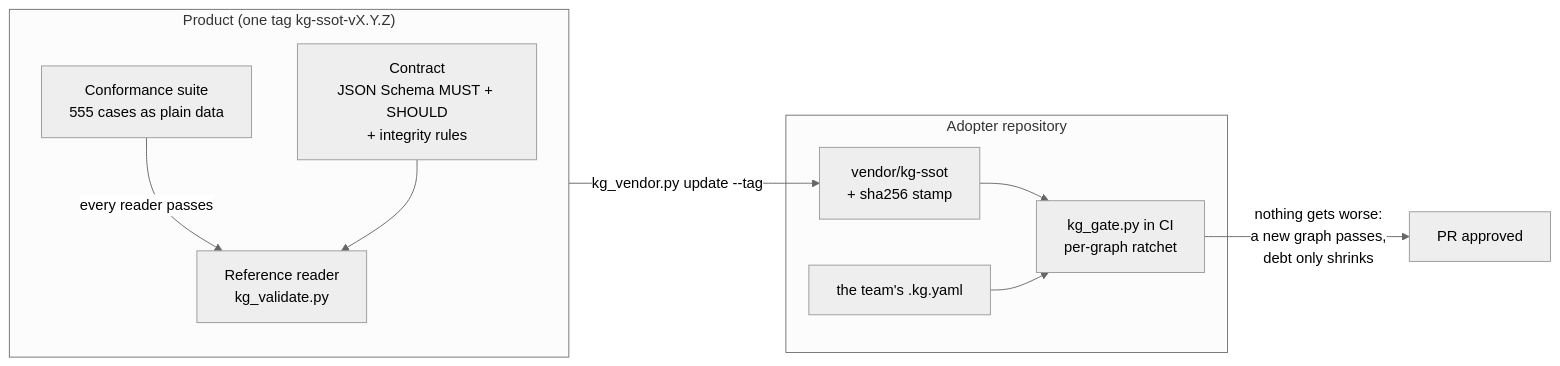
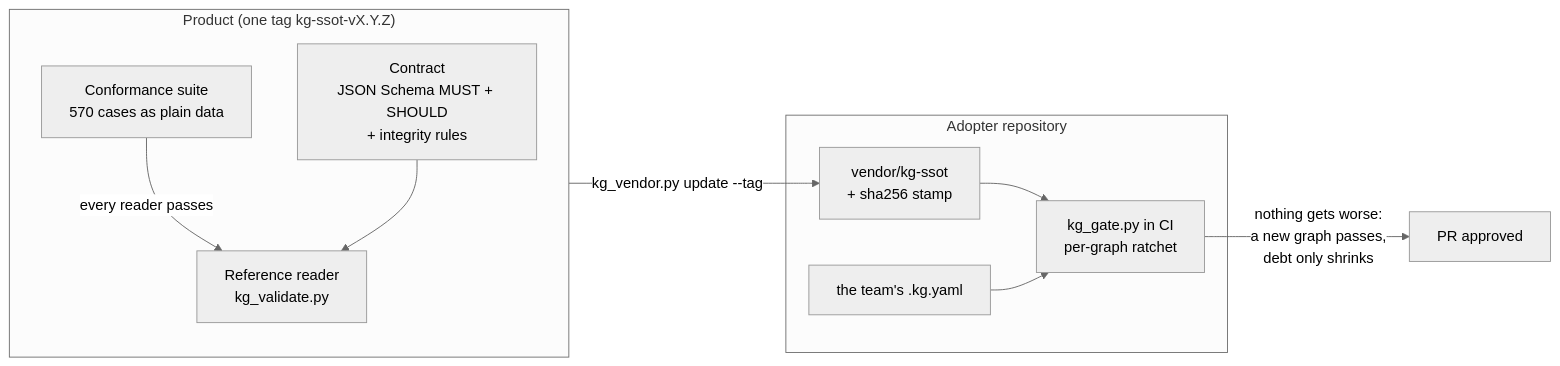
One commit to marciocar/kg-ssot changed the diagram in README.md. Above: the diagram before and after it, drawn with Mermaid (neutral theme). The commit also changed other lines of this file and 46 other files, not shown here.

````diff
--- a/README.md
+++ b/README.md
@@ -159,19 +159,19 @@
 ```mermaid
 flowchart LR
   subgraph product["Product (one tag kg-ssot-vX.Y.Z)"]
     C["Contract<br/>JSON Schema MUST + SHOULD<br/>+ integrity rules"]
-    S["Conformance suite<br/>555 cases as plain data"]
+    S["Conformance suite<br/>570 cases as plain data"]
     R["Reference reader<br/>kg_validate.py"]
     S -- "every reader passes" --> R
     C --> R
   end
   subgraph adopter["Adopter repository"]
     V["vendor/kg-ssot<br/>+ sha256 stamp"]
     G["kg_gate.py in CI<br/>per-graph ratchet"]
     K["the team's .kg.yaml"]
     V --> G
     K --> G
   end
   product -- "kg_vendor.py update --tag" --> V
   G -- "nothing gets worse:<br/>a new graph passes,<br/>debt only shrinks" --> PR["PR approved"]
 ```
````
